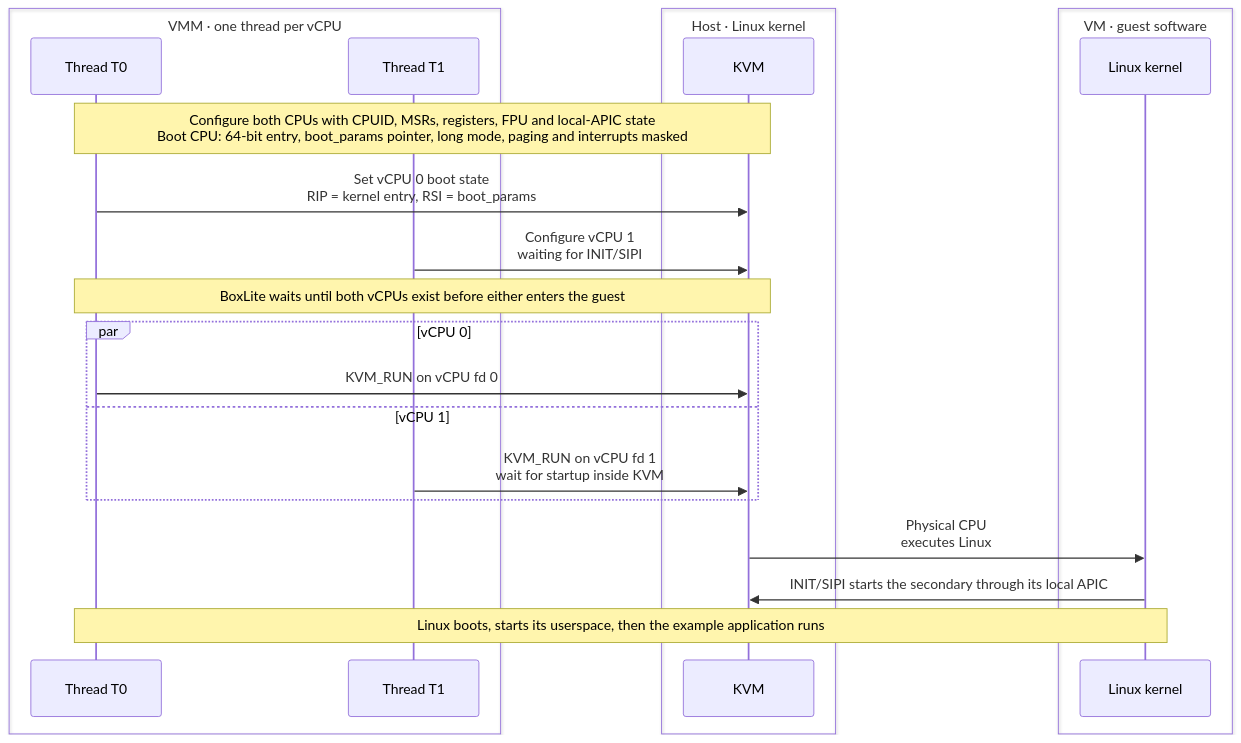
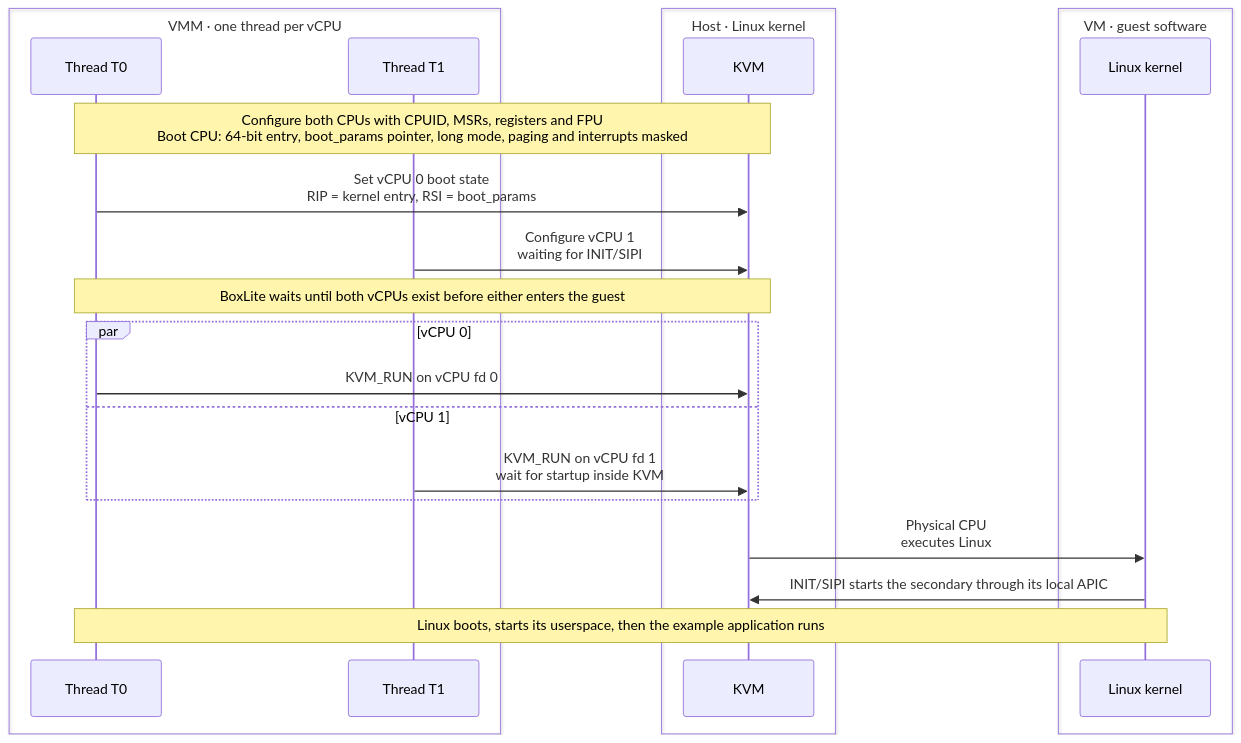
One commit to boxlite-ai/boxlite changed the sixth of 14 diagrams in docs/contributing/architecture/vmm/kvm.md. Above: the diagram before and after it, drawn with Mermaid. The commit also changed 6 other files, not shown here.

````diff
--- a/docs/contributing/architecture/vmm/kvm.md
+++ b/docs/contributing/architecture/vmm/kvm.md
@@ -207,31 +207,31 @@
 ```mermaid
 sequenceDiagram
   box VMM · one thread per vCPU
     participant thread0 as Thread T0
     participant thread1 as Thread T1
   end
   box Host · Linux kernel
     participant host_api as KVM
   end
   box VM · guest software
     participant kernel as Linux kernel
   end
-  Note over thread0,host_api: Configure both CPUs with CPUID, MSRs, registers, FPU and local-APIC state<br/>Boot CPU: 64-bit entry, boot_params pointer, long mode, paging and interrupts masked
+  Note over thread0,host_api: Configure both CPUs with CPUID, MSRs, registers and FPU<br/>Boot CPU: 64-bit entry, boot_params pointer, long mode, paging and interrupts masked
   %% edge:kvm_7_e1
   thread0->>host_api: Set vCPU 0 boot state<br/>RIP = kernel entry, RSI = boot_params
   %% edge:kvm_7_e2
   thread1->>host_api: Configure vCPU 1<br/>waiting for INIT/SIPI
   Note over thread0,host_api: BoxLite waits until both vCPUs exist before either enters the guest
   par vCPU 0
   %% edge:kvm_7_e3
     thread0->>host_api: KVM_RUN on vCPU fd 0
   and vCPU 1
   %% edge:kvm_7_e4
     thread1->>host_api: KVM_RUN on vCPU fd 1<br/>wait for startup inside KVM
   end
   %% edge:kvm_7_e5
   host_api->>kernel: Physical CPU<br/>executes Linux
   %% edge:kvm_7_e6
   kernel->>host_api: INIT/SIPI starts the secondary through its local APIC
   Note over thread0,kernel: Linux boots, starts its userspace, then the example application runs
 ```
````
